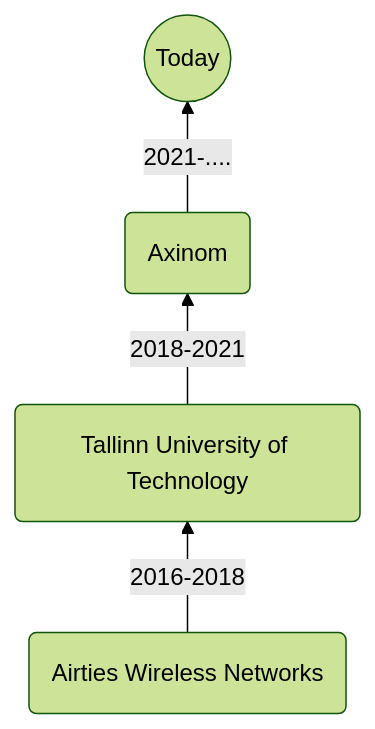
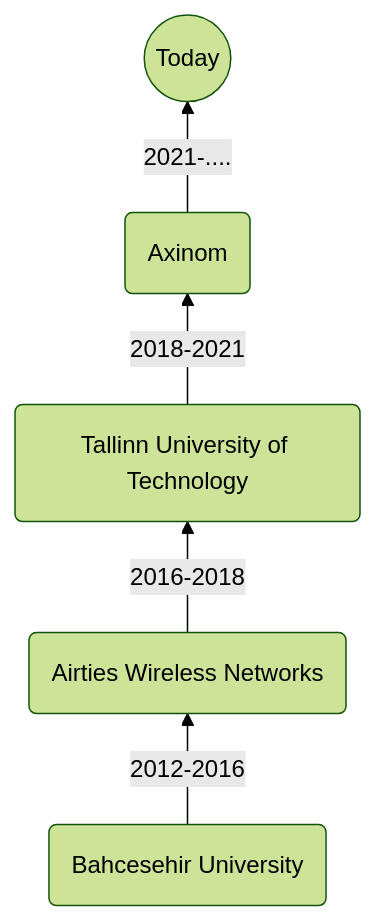
The diagram in README.md (imssl/imssl), drawn with Mermaid (forest theme) before and after one commit.

````diff
--- a/README.md
+++ b/README.md
@@ -5,6 +5,7 @@
 ```mermaid
 flowchart BT
   axnm(Axinom)   -- 2021-.... --> today((Today))
   tltch(Tallinn University of Technology)   -- 2018-2021  --> axnm(Axinom)
-  airt(Airties Wireless Networks)     -- 2016-2018  --> tltch(Tallinn University of Technology)  
+  airt(Airties Wireless Networks)     -- 2016-2018  --> tltch(Tallinn University of Technology)
+  bau(Bahcesehir University)   -- 2012-2016  --> airt(Airties Wireless Networks)
 ```
````
